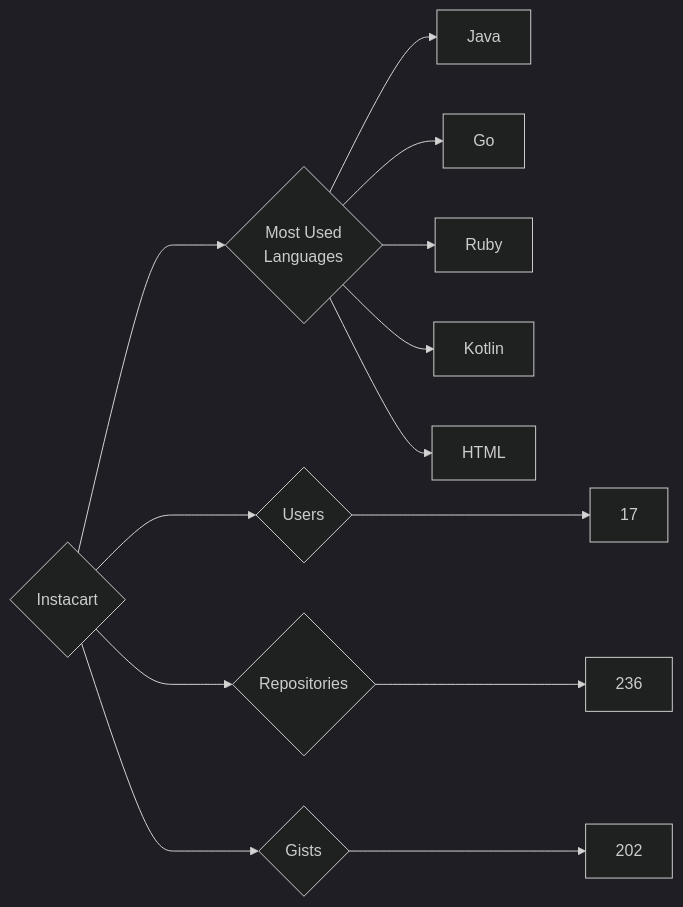
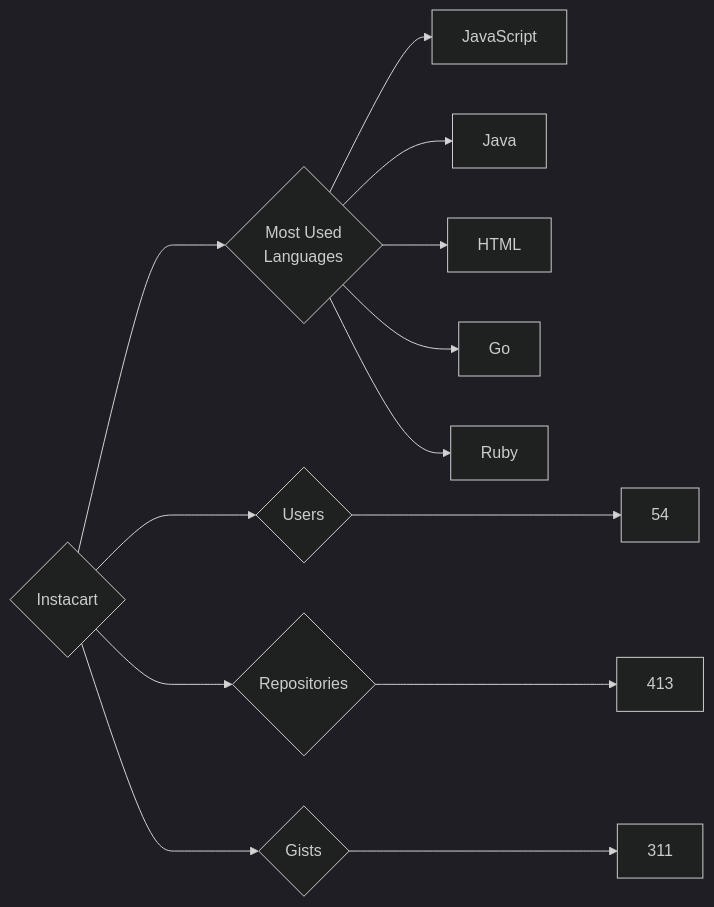
Before and after one commit to trickest/insiders: the diagram in targets/Instacart/README.md, drawn with Mermaid (dark theme). The commit also changed 925 other files, not shown here.

````diff
--- a/targets/Instacart/README.md
+++ b/targets/Instacart/README.md
@@ -3,13 +3,13 @@
 ```mermaid
 graph LR
 COMPANY_NAME{Instacart}
-COMPANY_NAME ---> U{Users} ---> UN[17]
-COMPANY_NAME ---> R{Repositories} ---> RN[236]
-COMPANY_NAME ---> G{Gists} ---> GN[202]
+COMPANY_NAME ---> U{Users} ---> UN[54]
+COMPANY_NAME ---> R{Repositories} ---> RN[413]
+COMPANY_NAME ---> G{Gists} ---> GN[311]
 COMPANY_NAME ---> ML{Most Used<br>Languages}
+ML --> JavaScript[JavaScript]
 ML --> Java[Java]
+ML --> HTML[HTML]
 ML --> Go[Go]
 ML --> Ruby[Ruby]
-ML --> Kotlin[Kotlin]
-ML --> HTML[HTML]
 ```
````
